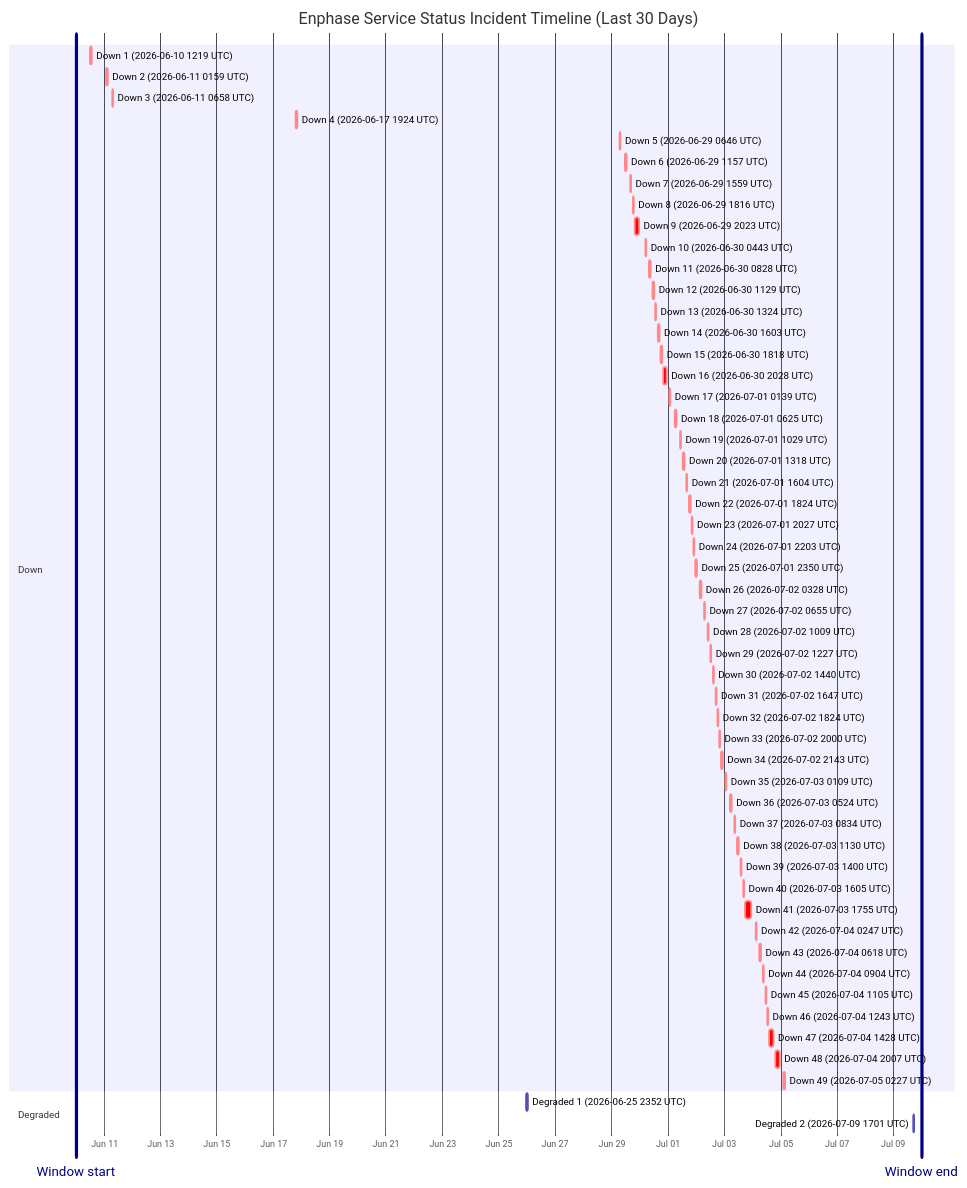
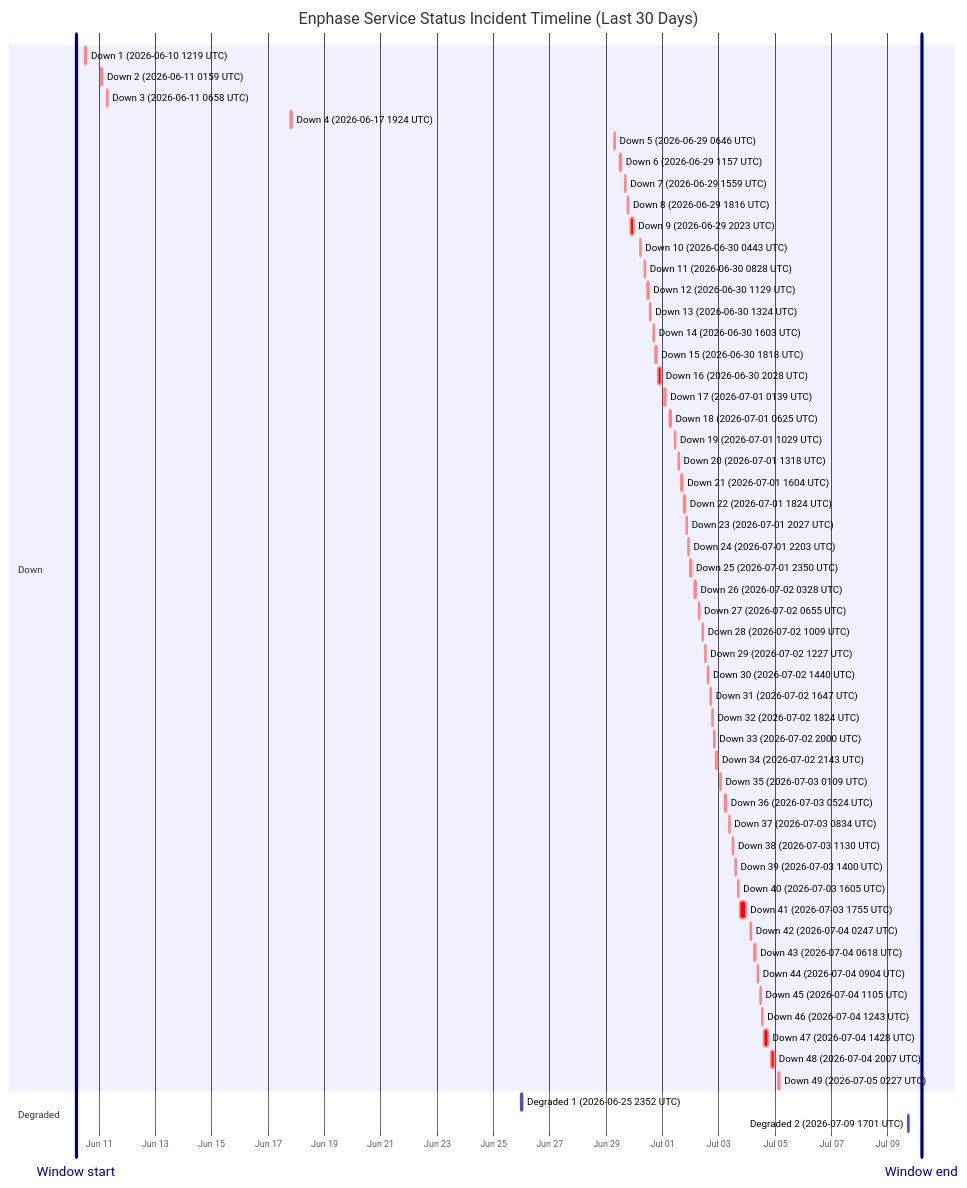
One commit to barneyonline/ha-enphase-energy changed the diagram in wiki/Service-Status-History.md. Above: the diagram before and after it, drawn with Mermaid. The commit also changed other lines of this file and 3 other files, not shown here.

````diff
--- a/wiki/Service-Status-History.md
+++ b/wiki/Service-Status-History.md
@@ -14,61 +14,61 @@
 ```mermaid
 gantt
     title Enphase Service Status Incident Timeline (Last 30 Days)
     dateFormat  YYYY-MM-DDTHH:mm:ss
     axisFormat  %b %d
-    Window start :vert, window-start, 2026-06-10T00:03:10, 0ms
-    Window end :vert, window-end, 2026-07-10T00:03:10, 0ms
+    Window start :vert, window-start, 2026-06-10T04:32:38, 0ms
+    Window end :vert, window-end, 2026-07-10T04:32:38, 0ms
     section Down
     Down 1 (2026-06-10 1219 UTC) :crit, down-1, 2026-06-10T12:19:21, 60m
     Down 2 (2026-06-11 0159 UTC) :crit, down-2, 2026-06-11T01:59:36, 60m
     Down 3 (2026-06-11 0658 UTC) :crit, down-3, 2026-06-11T06:58:45, 60m
     Down 4 (2026-06-17 1924 UTC) :crit, down-4, 2026-06-17T19:24:51, 60m
     Down 5 (2026-06-29 0646 UTC) :crit, down-5, 2026-06-29T06:46:18, 60m
     Down 6 (2026-06-29 1157 UTC) :crit, down-6, 2026-06-29T11:57:36, 60m
     Down 7 (2026-06-29 1559 UTC) :crit, down-7, 2026-06-29T15:59:02, 60m
     Down 8 (2026-06-29 1816 UTC) :crit, down-8, 2026-06-29T18:16:38, 60m
     Down 9 (2026-06-29 2023 UTC) :crit, down-9, 2026-06-29T20:23:16, 220m
     Down 10 (2026-06-30 0443 UTC) :crit, down-10, 2026-06-30T04:43:54, 60m
     Down 11 (2026-06-30 0828 UTC) :crit, down-11, 2026-06-30T08:28:43, 60m
     Down 12 (2026-06-30 1129 UTC) :crit, down-12, 2026-06-30T11:29:15, 60m
     Down 13 (2026-06-30 1324 UTC) :crit, down-13, 2026-06-30T13:24:25, 60m
     Down 14 (2026-06-30 1603 UTC) :crit, down-14, 2026-06-30T16:03:26, 60m
     Down 15 (2026-06-30 1818 UTC) :crit, down-15, 2026-06-30T18:18:39, 60m
     Down 16 (2026-06-30 2028 UTC) :crit, down-16, 2026-06-30T20:28:54, 171m
     Down 17 (2026-07-01 0139 UTC) :crit, down-17, 2026-07-01T01:39:18, 60m
     Down 18 (2026-07-01 0625 UTC) :crit, down-18, 2026-07-01T06:25:35, 60m
     Down 19 (2026-07-01 1029 UTC) :crit, down-19, 2026-07-01T10:29:24, 60m
     Down 20 (2026-07-01 1318 UTC) :crit, down-20, 2026-07-01T13:18:31, 60m
     Down 21 (2026-07-01 1604 UTC) :crit, down-21, 2026-07-01T16:04:29, 60m
     Down 22 (2026-07-01 1824 UTC) :crit, down-22, 2026-07-01T18:24:21, 60m
     Down 23 (2026-07-01 2027 UTC) :crit, down-23, 2026-07-01T20:27:17, 60m
     Down 24 (2026-07-01 2203 UTC) :crit, down-24, 2026-07-01T22:03:46, 60m
     Down 25 (2026-07-01 2350 UTC) :crit, down-25, 2026-07-01T23:50:52, 60m
     Down 26 (2026-07-02 0328 UTC) :crit, down-26, 2026-07-02T03:28:33, 60m
     Down 27 (2026-07-02 0655 UTC) :crit, down-27, 2026-07-02T06:55:07, 60m
     Down 28 (2026-07-02 1009 UTC) :crit, down-28, 2026-07-02T10:09:15, 60m
     Down 29 (2026-07-02 1227 UTC) :crit, down-29, 2026-07-02T12:27:49, 60m
     Down 30 (2026-07-02 1440 UTC) :crit, down-30, 2026-07-02T14:40:53, 60m
     Down 31 (2026-07-02 1647 UTC) :crit, down-31, 2026-07-02T16:47:47, 60m
     Down 32 (2026-07-02 1824 UTC) :crit, down-32, 2026-07-02T18:24:26, 60m
     Down 33 (2026-07-02 2000 UTC) :crit, down-33, 2026-07-02T20:00:57, 60m
     Down 34 (2026-07-02 2143 UTC) :crit, down-34, 2026-07-02T21:43:52, 80m
     Down 35 (2026-07-03 0109 UTC) :crit, down-35, 2026-07-03T01:09:19, 60m
     Down 36 (2026-07-03 0524 UTC) :crit, down-36, 2026-07-03T05:24:23, 60m
     Down 37 (2026-07-03 0834 UTC) :crit, down-37, 2026-07-03T08:34:05, 60m
     Down 38 (2026-07-03 1130 UTC) :crit, down-38, 2026-07-03T11:30:41, 60m
     Down 39 (2026-07-03 1400 UTC) :crit, down-39, 2026-07-03T14:00:48, 60m
     Down 40 (2026-07-03 1605 UTC) :crit, down-40, 2026-07-03T16:05:49, 60m
     Down 41 (2026-07-03 1755 UTC) :crit, down-41, 2026-07-03T17:55:54, 338m
     Down 42 (2026-07-04 0247 UTC) :crit, down-42, 2026-07-04T02:47:22, 60m
     Down 43 (2026-07-04 0618 UTC) :crit, down-43, 2026-07-04T06:18:09, 60m
     Down 44 (2026-07-04 0904 UTC) :crit, down-44, 2026-07-04T09:04:41, 60m
     Down 45 (2026-07-04 1105 UTC) :crit, down-45, 2026-07-04T11:05:21, 60m
     Down 46 (2026-07-04 1243 UTC) :crit, down-46, 2026-07-04T12:43:25, 60m
     Down 47 (2026-07-04 1428 UTC) :crit, down-47, 2026-07-04T14:28:07, 243m
     Down 48 (2026-07-04 2007 UTC) :crit, down-48, 2026-07-04T20:07:50, 206m
     Down 49 (2026-07-05 0227 UTC) :crit, down-49, 2026-07-05T02:27:32, 109m
     section Degraded
     Degraded 1 (2026-06-25 2352 UTC) :active, degraded-1, 2026-06-25T23:52:01, 60m
     Degraded 2 (2026-07-09 1701 UTC) :active, degraded-2, 2026-07-09T17:01:02, 60m
 ```
````
